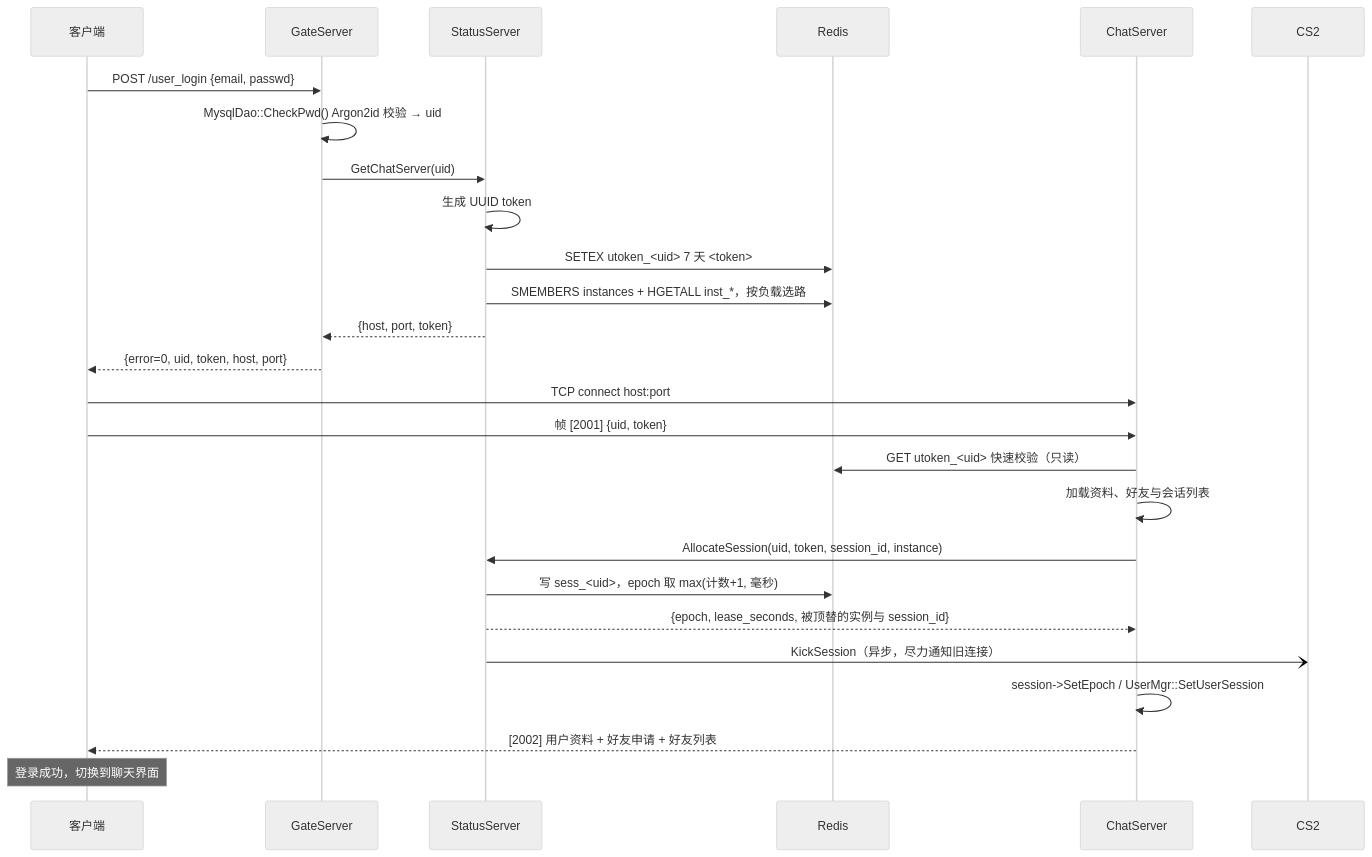
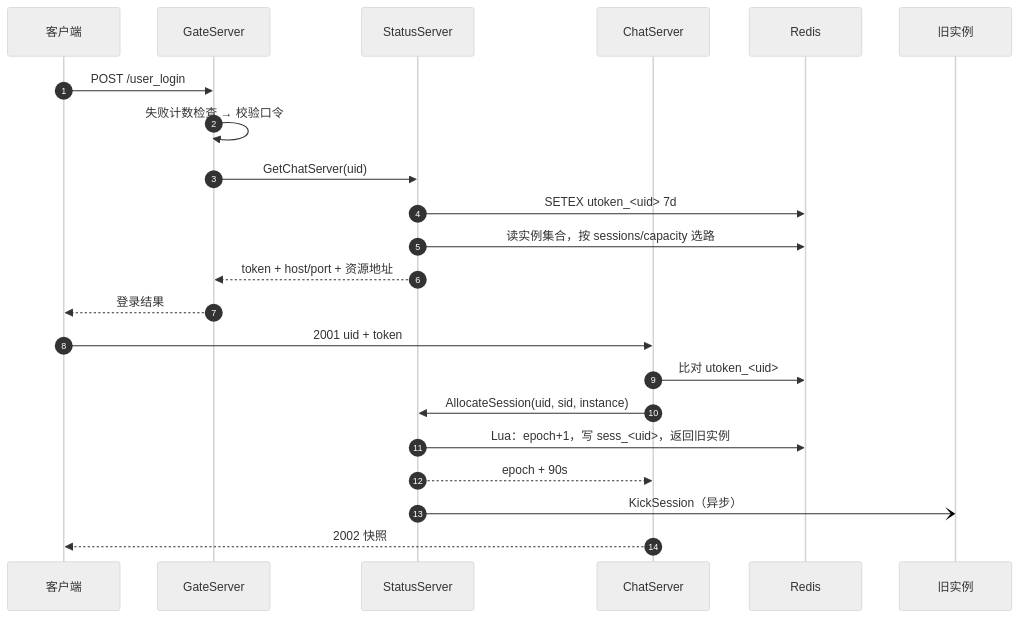
Before and after one commit to yrc920/yunjian: the fourth of 6 diagrams in docs/01-architecture.md, drawn with Mermaid (neutral theme). The commit also changed other lines of this file and 49 other files, not shown here.

````diff
--- a/docs/01-architecture.md
+++ b/docs/01-architecture.md
@@ -145,29 +99,25 @@
 ```mermaid
 sequenceDiagram
-    participant C as 客户端
+    autonumber
+    participant U as 客户端
     participant G as GateServer
     participant S as StatusServer
+    participant C as ChatServer
     participant R as Redis
-    participant CS as ChatServer
+    participant Old as 旧实例
 
-    C->>G: POST /user_login {email, passwd}
-    G->>G: MysqlDao::CheckPwd() Argon2id 校验 → uid
+    U->>G: POST /user_login
+    G->>G: 失败计数检查 → 校验口令
     G->>S: GetChatServer(uid)
-    S->>S: 生成 UUID token
-    S->>R: SETEX utoken_#lt;uid#gt; 7 天 #lt;token#gt;
-    S->>R: SMEMBERS instances + HGETALL inst_*，按负载选路
-    S-->>G: {host, port, token}
-    G-->>C: {error=0, uid, token, host, port}
-
-    C->>CS: TCP connect host:port
-    C->>CS: 帧 [2001] {uid, token}
-    CS->>R: GET utoken_#lt;uid#gt; 快速校验（只读）
-    CS->>CS: 加载资料、好友与会话列表
-    CS->>S: AllocateSession(uid, token, session_id, instance)
-    S->>R: 写 sess_#lt;uid#gt;，epoch 取 max(计数+1, 毫秒)
-    S-->>CS: {epoch, lease_seconds, 被顶替的实例与 session_id}
-    S-)CS2: KickSession（异步，尽力通知旧连接）
-    CS->>CS: session->SetEpoch / UserMgr::SetUserSession
-    CS-->>C: [2002] 用户资料 + 好友申请 + 好友列表
-    Note over C: 登录成功，切换到聊天界面
+    S->>R: SETEX utoken_<uid> 7d
+    S->>R: 读实例集合，按 sessions/capacity 选路
+    S-->>G: token + host/port + 资源地址
+    G-->>U: 登录结果
+    U->>C: 2001 uid + token
+    C->>R: 比对 utoken_<uid>
+    C->>S: AllocateSession(uid, sid, instance)
+    S->>R: Lua：epoch+1，写 sess_<uid>，返回旧实例
+    S-->>C: epoch + 90s
+    S-)Old: KickSession（异步）
+    C-->>U: 2002 快照
 ```
````
